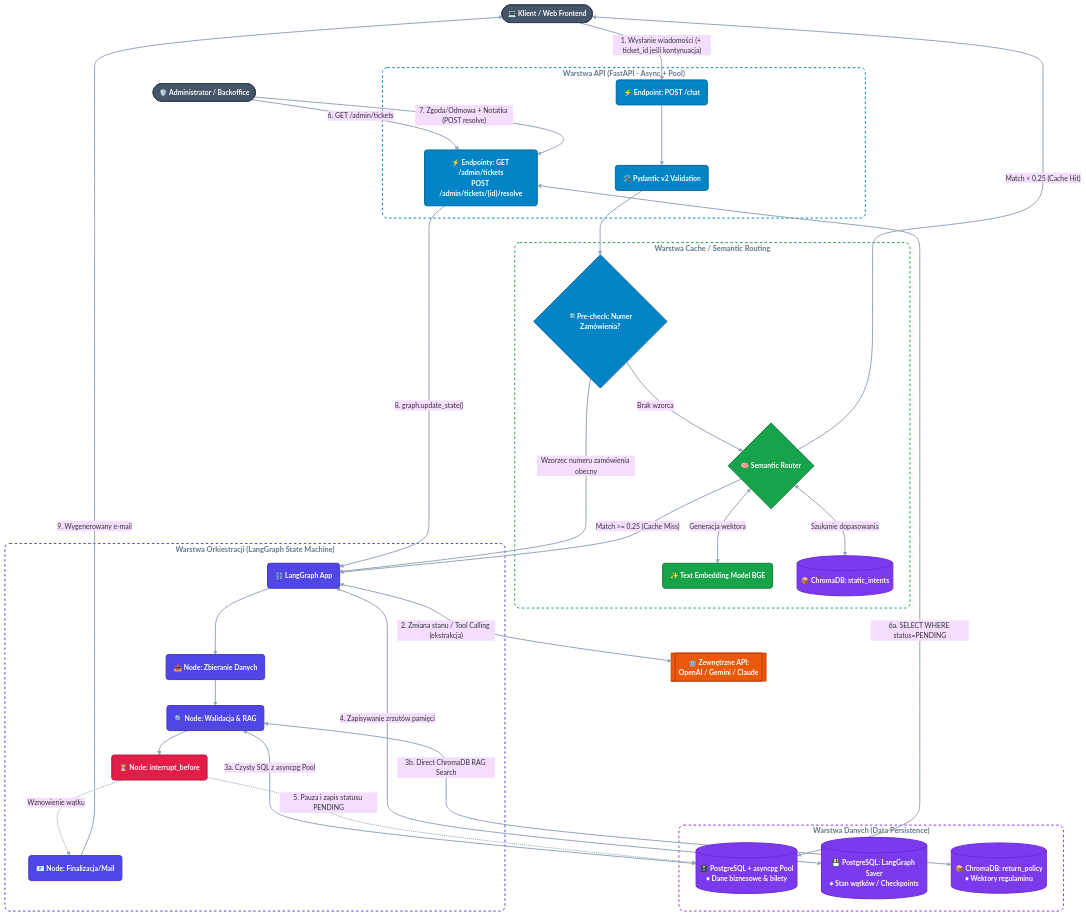
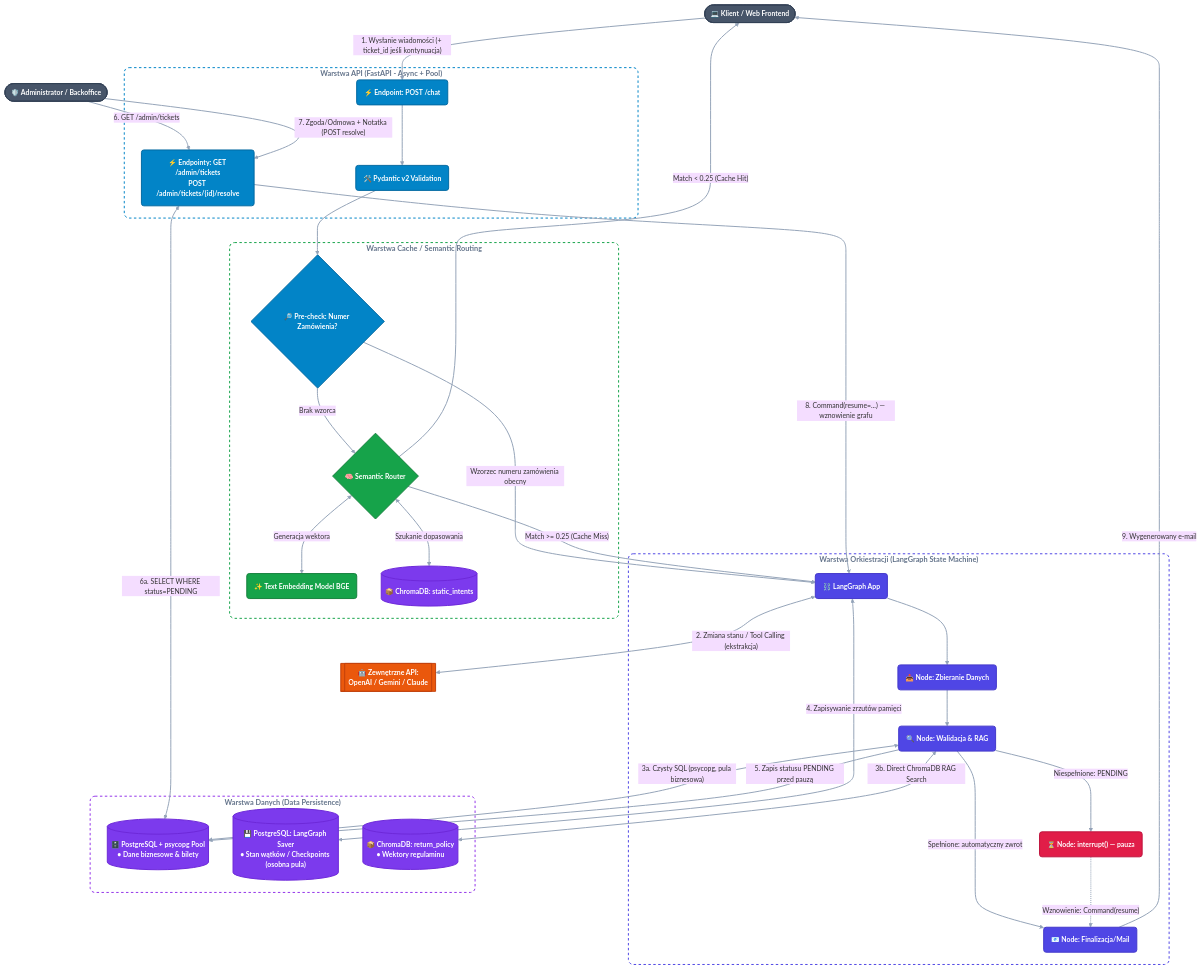
One commit to FEA-RS/Portal_zwrotow changed the diagram in README.md. Above: the diagram before and after it, drawn with Mermaid. The commit also changed other lines of this file, not shown here.

Commit message:
docsL update README for depandencies, schema and interrupt-based HITL

```diff
--- a/README.md
+++ b/README.md
@@ -146,20 +215,21 @@
         Graph("⛓️ LangGraph App")
         NodeGather("📥 Node: Zbieranie Danych")
         NodeVal("🔍 Node: Walidacja & RAG")
-        NodeHITL("⏳ Node: interrupt_before")
+        NodeHITL("⏳ Node: interrupt() — pauza")
         NodeFinal("📧 Node: Finalizacja/Mail")
         Graph --> NodeGather
         NodeGather --> NodeVal
-        NodeVal --> NodeHITL
-        NodeHITL -.->|Wznowienie wątku| NodeFinal
+        NodeVal -->|"Spełnione: automatyczny zwrot"| NodeFinal
+        NodeVal -->|"Niespełnione: PENDING"| NodeHITL
+        NodeHITL -.->|"Wznowienie: Command(resume)"| NodeFinal
     end
     class Graph,NodeGather,NodeVal,NodeFinal agentStyle;
     class NodeHITL hitlStyle;
 
     subgraph DB_Layer ["<span style='font-size:15px; font-weight:bold; color:#64748b;'>Warstwa Danych (Data Persistence)</span>"]
         style DB_Layer fill:none,stroke:#9333ea,stroke-width:2px,stroke-dasharray: 5 5,rx:10px
-        DBSQL[("🗄️ PostgreSQL + asyncpg Pool<br/>• Dane biznesowe & bilety")]
-        DBCheckpoints[("💾 PostgreSQL: LangGraph Saver<br/>• Stan wątków / Checkpoints")]
+        DBSQL[("🗄️ PostgreSQL + psycopg Pool<br/>• Dane biznesowe & bilety")]
+        DBCheckpoints[("💾 PostgreSQL: LangGraph Saver<br/>• Stan wątków / Checkpoints (osobna pula)")]
         DBVectorDocs[("📦 ChromaDB: return_policy<br/>• Wektory regulaminu")]
     end
     class DBSQL,DBCheckpoints,DBVectorDocs dbStyle;
@@ -181,15 +251,15 @@
     SemRouter -->|"Match >= 0.25 (Cache Miss)"| Graph
 
     Graph <-->|"2. Zmiana stanu / Tool Calling (ekstrakcja)"| LLM
-    NodeVal <-->|"3a. Czysty SQL z asyncpg Pool"| DBSQL
+    NodeVal <-->|"3a. Czysty SQL (psycopg, pula biznesowa)"| DBSQL
     NodeVal <-->|"3b. Direct ChromaDB RAG Search"| DBVectorDocs
     Graph <-->|"4. Zapisywanie zrzutów pamięci"| DBCheckpoints
 
-    NodeHITL -.->|"5. Pauza i zapis statusu PENDING"| DBSQL
+    NodeVal -->|"5. Zapis statusu PENDING przed pauzą"| DBSQL
     Admin -->|"6. GET /admin/tickets"| RouterAdmin
     RouterAdmin <-->|"6a. SELECT WHERE status=PENDING"| DBSQL
     Admin -->|"7. Zgoda/Odmowa + Notatka (POST resolve)"| RouterAdmin
-    RouterAdmin -->|"8. graph.update_state()"| Graph
+    RouterAdmin -->|"8. Command(resume=...) — wznowienie grafu"| Graph
     NodeFinal -->|"9. Wygenerowany e-mail"| Client
 
     linkStyle default stroke:#94a3b8,stroke-width:2px;
```
